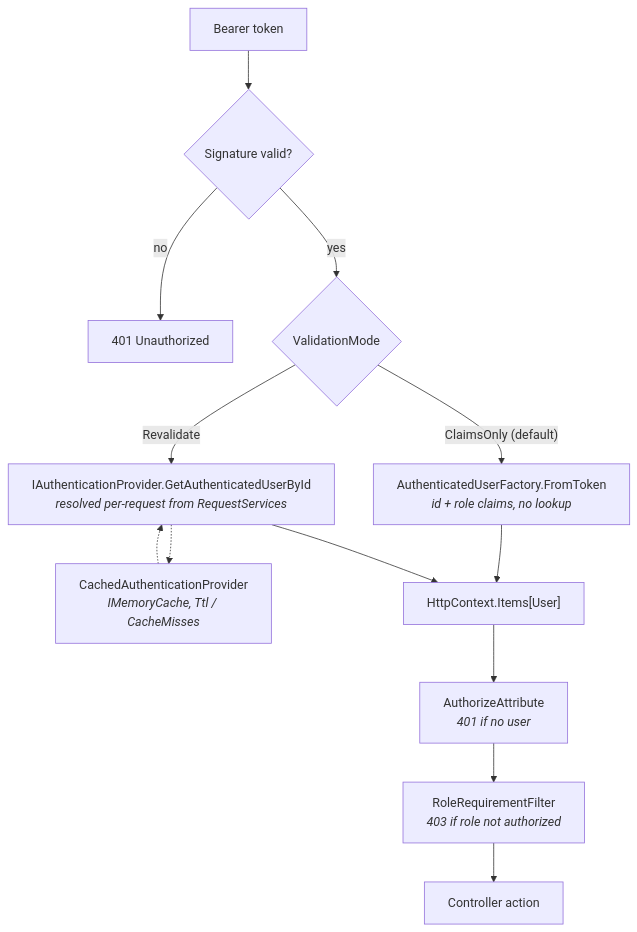
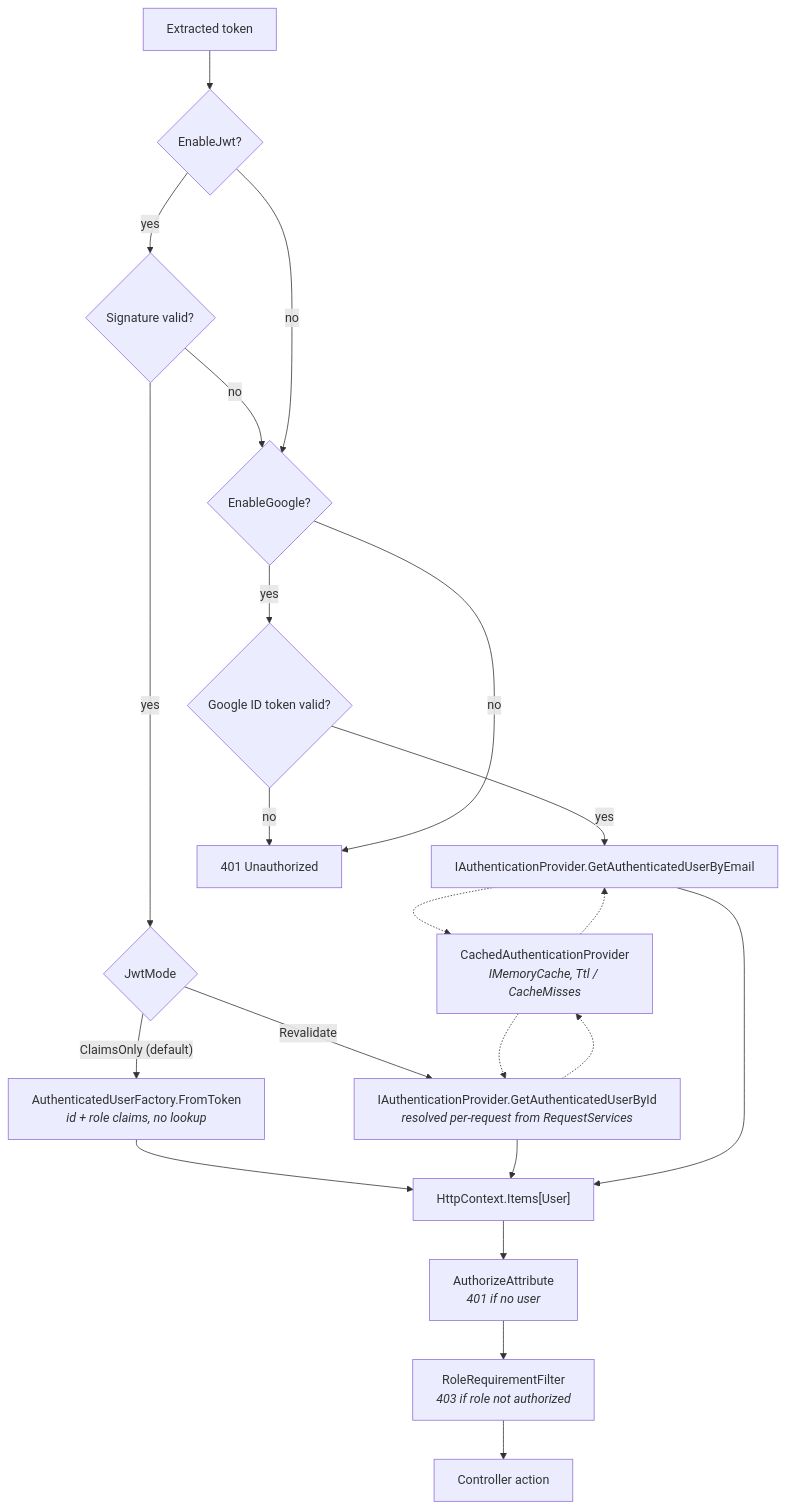
The second of 3 diagrams in docs/content/architecture.md (artur-rios/dotnet-webapi-util), drawn with Mermaid before and after one commit. The commit also changed other lines of this file and 5 other files, not shown here.

First line of the commit message:
docs: document token sources and Google authentication

````diff
--- a/docs/content/architecture.md
+++ b/docs/content/architecture.md
@@ -52,19 +54,28 @@
 ```mermaid
 flowchart TB
-    Token["Bearer token"] --> Verify{"Signature valid?"}
-    Verify -- "no" --> R401["401 Unauthorized"]
-    Verify -- "yes" --> Mode{"ValidationMode"}
+    Token["Extracted token"] --> Jwt{"EnableJwt?"}
+    Jwt -- "yes" --> JwtValid{"Signature valid?"}
+    JwtValid -- "no" --> Google
+    JwtValid -- "yes" --> Mode{"JwtMode"}
+    Mode -- "ClaimsOnly (default)" --> Claims["AuthenticatedUserFactory.FromToken<br/><i>id + role claims, no lookup</i>"]
+    Mode -- "Revalidate" --> ProviderId["IAuthenticationProvider.GetAuthenticatedUserById<br/><i>resolved per-request from RequestServices</i>"]
 
-    Mode -- "ClaimsOnly (default)" --> Claims["AuthenticatedUserFactory.FromToken<br/><i>id + role claims, no lookup</i>"]
-    Mode -- "Revalidate" --> Provider["IAuthenticationProvider.GetAuthenticatedUserById<br/><i>resolved per-request from RequestServices</i>"]
+    Jwt -- "no" --> Google{"EnableGoogle?"}
+    Google -- "yes" --> GoogleValid{"Google ID token valid?"}
+    GoogleValid -- "yes" --> ProviderEmail["IAuthenticationProvider.GetAuthenticatedUserByEmail"]
+    GoogleValid -- "no" --> R401["401 Unauthorized"]
+    Google -- "no" --> R401
 
-    Provider -.-> Cached["CachedAuthenticationProvider<br/><i>IMemoryCache, Ttl / CacheMisses</i>"]
-    Cached -.-> Provider
+    ProviderId -.-> Cached["CachedAuthenticationProvider<br/><i>IMemoryCache, Ttl / CacheMisses</i>"]
+    ProviderEmail -.-> Cached
+    Cached -.-> ProviderId
+    Cached -.-> ProviderEmail
 
     Claims --> Items["HttpContext.Items[User]"]
-    Provider --> Items
+    ProviderId --> Items
+    ProviderEmail --> Items
 
     Items --> Authorize["AuthorizeAttribute<br/><i>401 if no user</i>"]
     Authorize --> RoleReq["RoleRequirementFilter<br/><i>403 if role not authorized</i>"]
     RoleReq --> Endpoint["Controller action"]
 ```
````
